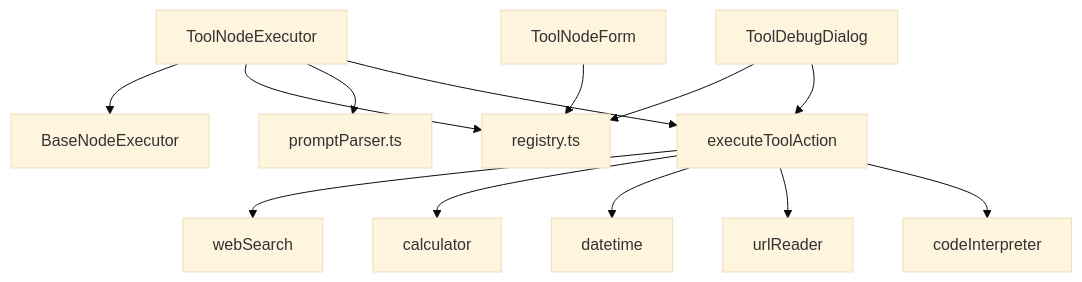
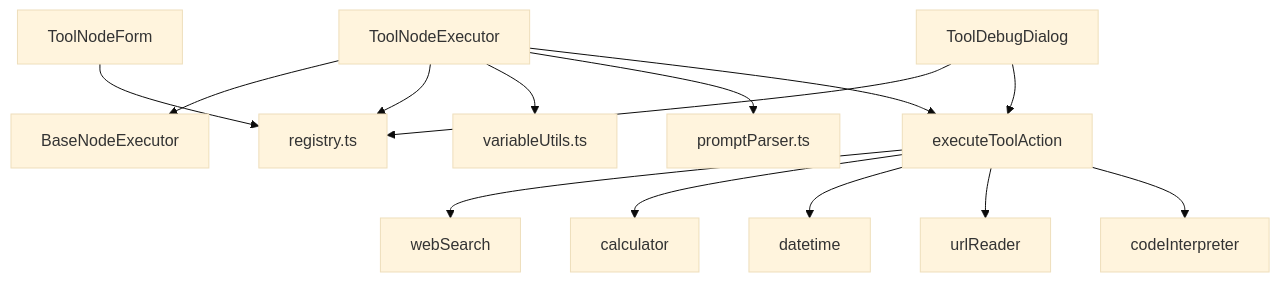
The second of 2 diagrams in docs/design/tool节点详情.md (JasperLin2333/Flash-Flow), drawn with Mermaid (base theme) before and after one commit. The commit also changed other lines of this file and 122 other files, not shown here.

First line of the commit message:
Add advanced node features and refactor flow logic

````diff
--- a/docs/design/tool节点详情.md
+++ b/docs/design/tool节点详情.md
@@ -210,15 +278,16 @@
 ```mermaid
 graph TD
     A[ToolNodeExecutor] --> B[BaseNodeExecutor]
     A --> C[registry.ts]
-    A --> D[promptParser.ts]
-    A --> E[executeToolAction]
-    E --> F[webSearch]
-    E --> G[calculator]
-    E --> H[datetime]
-    E --> I[urlReader]
-    E --> J[codeInterpreter]
+    A --> D[variableUtils.ts]
+    A --> E[promptParser.ts]
+    A --> F[executeToolAction]
+    F --> G[webSearch]
+    F --> H[calculator]
+    F --> I[datetime]
+    F --> J[urlReader]
+    F --> K[codeInterpreter]
     UI[ToolDebugDialog] --> C
-    UI --> E
+    UI --> F
     Form[ToolNodeForm] --> C
 ```
````
